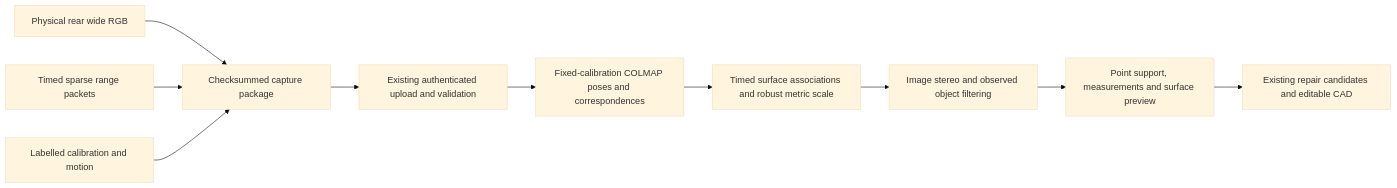
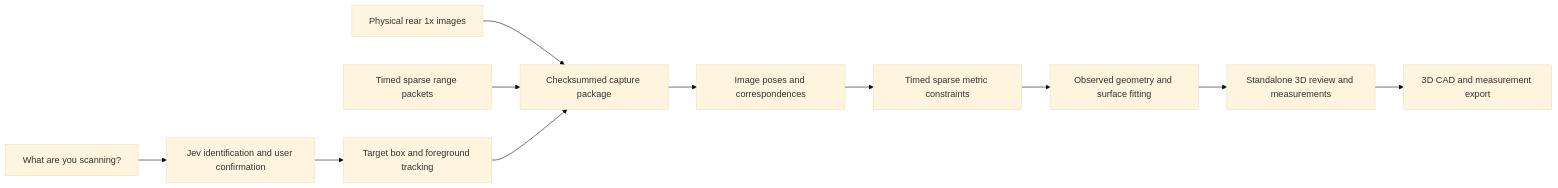
Before and after one commit to KeplSiv/ReverseCAD: the diagram in docs/SPARSE_RECONSTRUCTION_SPEC.md, drawn with Mermaid (base theme). The commit also changed other lines of this file, not shown here.

Commit message:
Scope scanning component to object identification and measured 3D export

````diff
--- a/docs/SPARSE_RECONSTRUCTION_SPEC.md
+++ b/docs/SPARSE_RECONSTRUCTION_SPEC.md
@@ -26,12 +83,13 @@
 ```mermaid
 flowchart LR
-    A[Physical rear wide RGB] --> C[Checksummed capture package]
+    P[What are you scanning?] --> V[Jev identification and user confirmation]
+    V --> T[Target box and foreground tracking]
+    A[Physical rear 1x images] --> C[Checksummed capture package]
     B[Timed sparse range packets] --> C
-    M[Labelled calibration and motion] --> C
-    C --> D[Existing authenticated upload and validation]
-    D --> E[Fixed-calibration COLMAP poses and correspondences]
-    E --> F[Timed surface associations and robust metric scale]
-    F --> G[Image stereo and observed object filtering]
-    G --> H[Point support, measurements and surface preview]
-    H --> I[Existing repair candidates and editable CAD]
+    T --> C
+    C --> S[Image poses and correspondences]
+    S --> R[Timed sparse metric constraints]
+    R --> G[Observed geometry and surface fitting]
+    G --> M[Standalone 3D review and measurements]
+    M --> E[3D CAD and measurement export]
 ```
````
